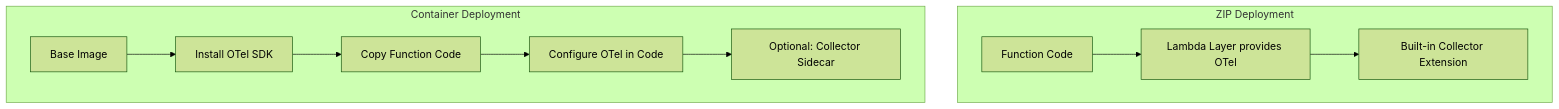
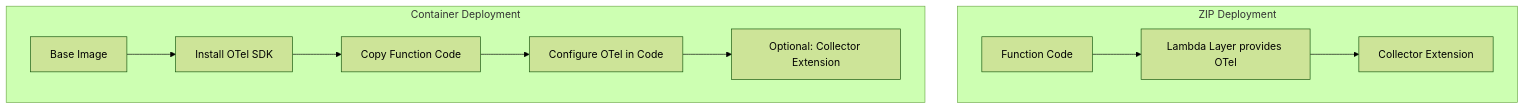
Before and after one commit to OneUptime/blog: the diagram in posts/2026-02-06-instrument-aws-lambda-container-images-opentelemetry/README.md, drawn with Mermaid (forest theme). The commit also changed other lines of this file and 2 other files, not shown here.

````diff
--- a/posts/2026-02-06-instrument-aws-lambda-container-images-opentelemetry/README.md
+++ b/posts/2026-02-06-instrument-aws-lambda-container-images-opentelemetry/README.md
@@ -19,14 +19,14 @@
 ```mermaid
 flowchart TD
     subgraph ZIP Deployment
         A[Function Code] --> B[Lambda Layer provides OTel]
-        B --> C[Built-in Collector Extension]
+        B --> C[Collector Extension]
     end
 
     subgraph Container Deployment
         D[Base Image] --> E[Install OTel SDK]
         E --> F[Copy Function Code]
         F --> G[Configure OTel in Code]
-        G --> H[Optional: Collector Sidecar]
+        G --> H[Optional: Collector Extension]
     end
 ```
````
